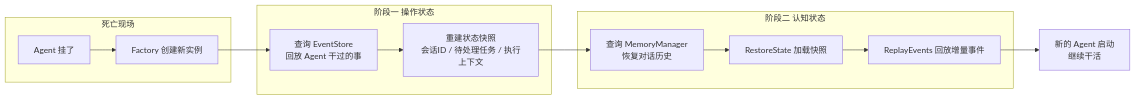
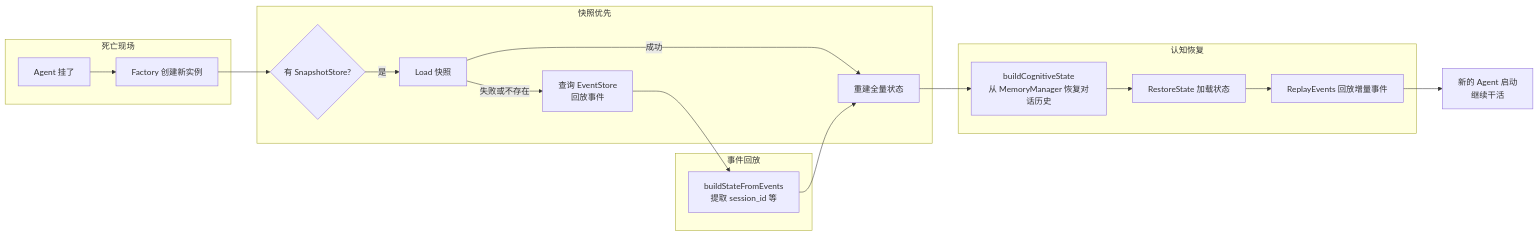
Before and after one commit to Timwood0x10/ARES: the second of 7 diagrams in docs/articles/zh/runtime-lifecycle-deep-dive.md, drawn with Mermaid. The commit also changed other lines of this file and 380 other files, not shown here.

````diff
--- a/docs/articles/zh/runtime-lifecycle-deep-dive.md
+++ b/docs/articles/zh/runtime-lifecycle-deep-dive.md
@@ -115,16 +177,22 @@
 ```mermaid
 graph LR
     subgraph 死亡现场
         A[Agent 挂了] --> F[Factory 创建新实例]
     end
-    subgraph 阶段一 操作状态
-        F --> ES[查询 EventStore<br/>回放 Agent 干过的事]
-        ES --> ST[重建状态快照<br/>会话ID / 待处理任务 / 执行上下文]
+    subgraph 快照优先
+        F --> SS{有 SnapshotStore?}
+        SS -->|是| SNAP[Load 快照]
+        SNAP -->|成功| ST[重建全量状态]
+        SNAP -->|失败或不存在| ES[查询 EventStore<br/>回放事件]
     end
-    subgraph 阶段二 认知状态
-        ST --> MM[查询 MemoryManager<br/>恢复对话历史]
-        MM --> RE[RestoreState 加载快照]
+    subgraph 事件回放
+        ES --> EV[buildStateFromEvents<br/>提取 session_id 等]
+        EV --> ST
+    end
+    subgraph 认知恢复
+        ST --> MM[buildCognitiveState<br/>从 MemoryManager 恢复对话历史]
+        MM --> RE[RestoreState 加载状态]
         RE --> RP[ReplayEvents 回放增量事件]
     end
     RP --> OK[新的 Agent 启动<br/>继续干活]
 ```
````
